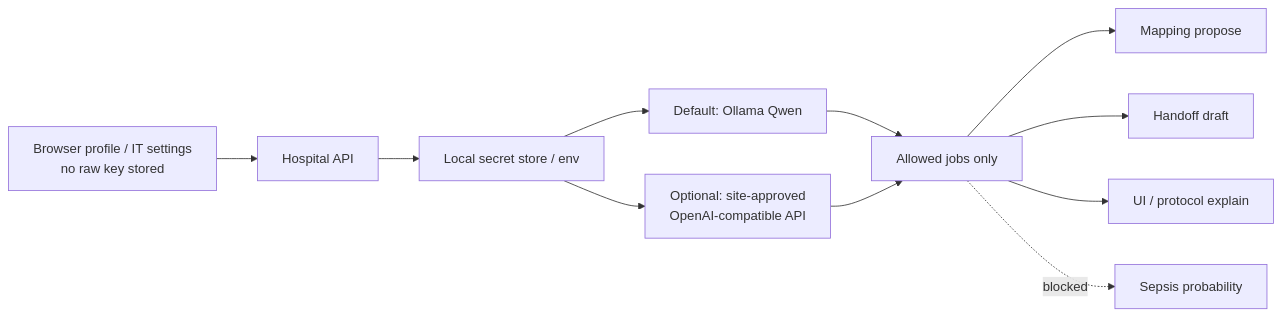
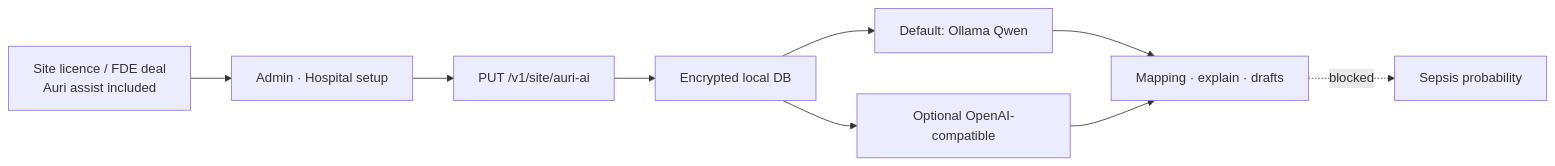
Diagram 14 of 14 in README.md (tanvir-ahmed-siddique-ctrl/Sepsis), drawn with Mermaid before and after one commit. The commit also changed other lines of this file and 13 other files, not shown here.

First line of the commit message:
Ship Language dropdown and Auri AI local credential plane.

````diff
--- a/README.md
+++ b/README.md
@@ -667,13 +668,11 @@
 ```mermaid
 flowchart LR
-  UI["Browser profile / IT settings<br/>no raw key stored"] --> API["Hospital API"]
-  API --> VAULT["Local secret store / env"]
+  DEAL["Site licence / FDE deal<br/>Auri assist included"] --> ADMIN["Admin · Hospital setup"]
+  ADMIN --> API["PUT /v1/site/auri-ai"]
+  API --> VAULT["Encrypted local DB"]
   VAULT --> LOCAL["Default: Ollama Qwen"]
-  VAULT --> CLOUD["Optional: site-approved<br/>OpenAI-compatible API"]
-  LOCAL --> JOBS["Allowed jobs only"]
+  VAULT --> CLOUD["Optional OpenAI-compatible"]
+  LOCAL --> JOBS["Mapping · explain · drafts"]
   CLOUD --> JOBS
-  JOBS --> MAP["Mapping propose"]
-  JOBS --> HAND["Handoff draft"]
-  JOBS --> HELP["UI / protocol explain"]
   JOBS -.->|blocked| SCORE["Sepsis probability"]
 ```
````
